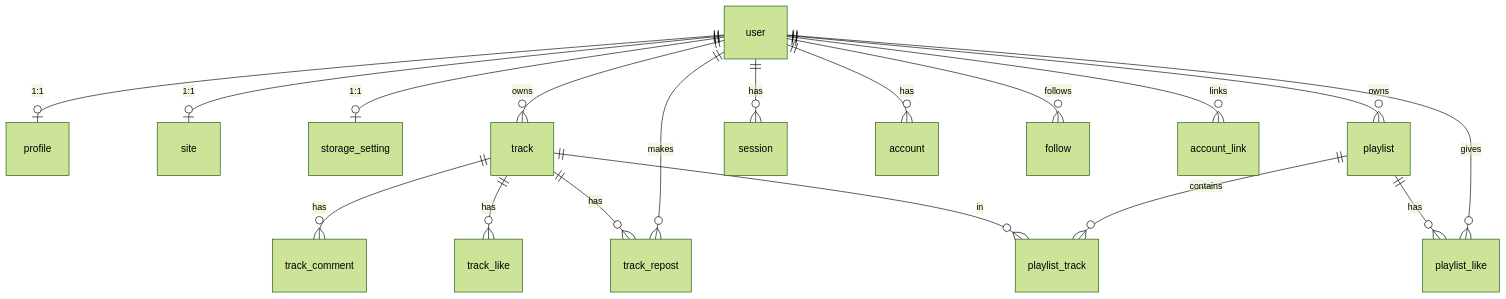
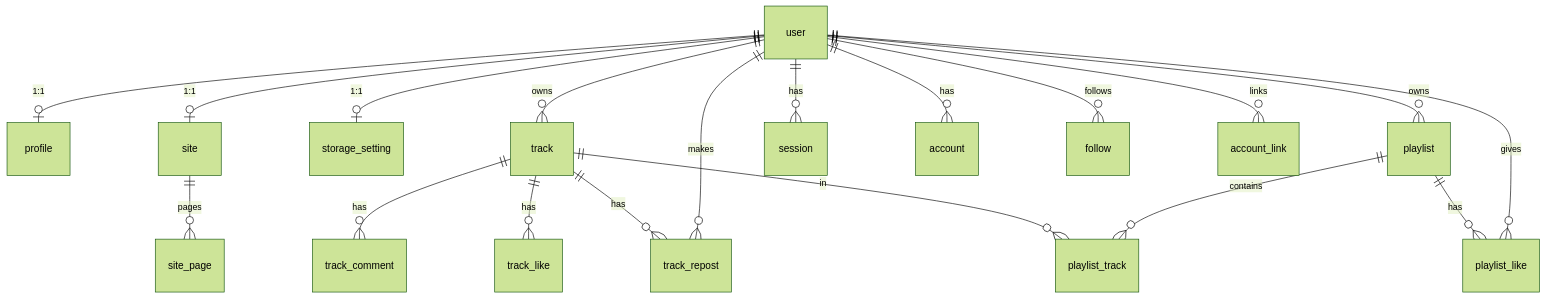
Before and after one commit to spreadsheetsusa/sndbnk: the diagram in docs/data-model.md, drawn with Mermaid (forest theme). The commit also changed other lines of this file and 141 other files, not shown here.

First line of the commit message:
feat: add site and page management features

````diff
--- a/docs/data-model.md
+++ b/docs/data-model.md
@@ -209,20 +242,21 @@
 ```mermaid
 erDiagram
   user ||--o| profile : "1:1"
   user ||--o| site : "1:1"
+  site ||--o{ site_page : "pages"
   user ||--o| storage_setting : "1:1"
   user ||--o{ track : owns
   user ||--o{ playlist : owns
   user ||--o{ session : has
   user ||--o{ account : has
   track ||--o{ track_comment : has
   track ||--o{ track_like : has
   track ||--o{ track_repost : has
   track ||--o{ playlist_track : in
   playlist ||--o{ playlist_track : contains
   playlist ||--o{ playlist_like : has
   user ||--o{ track_repost : makes
   user ||--o{ playlist_like : gives
   user ||--o{ follow : follows
   user ||--o{ account_link : links
 ```
````
